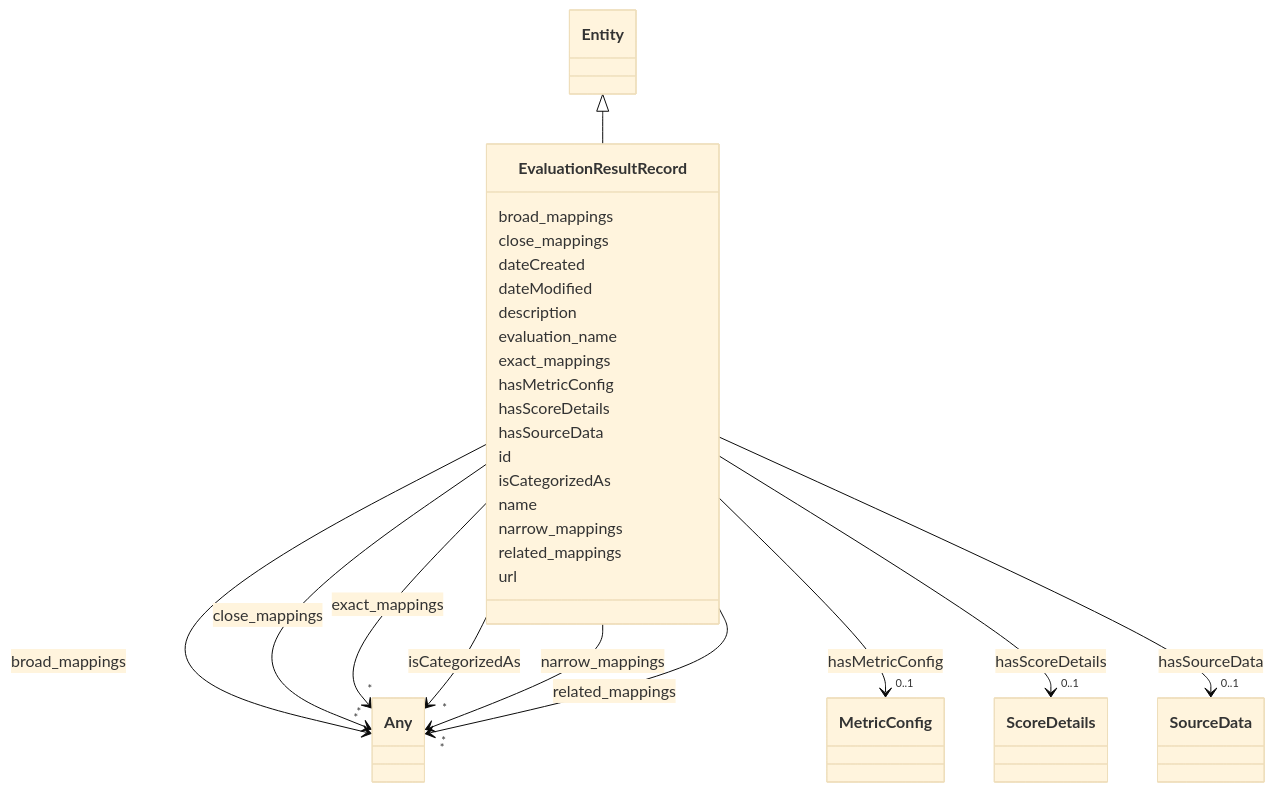
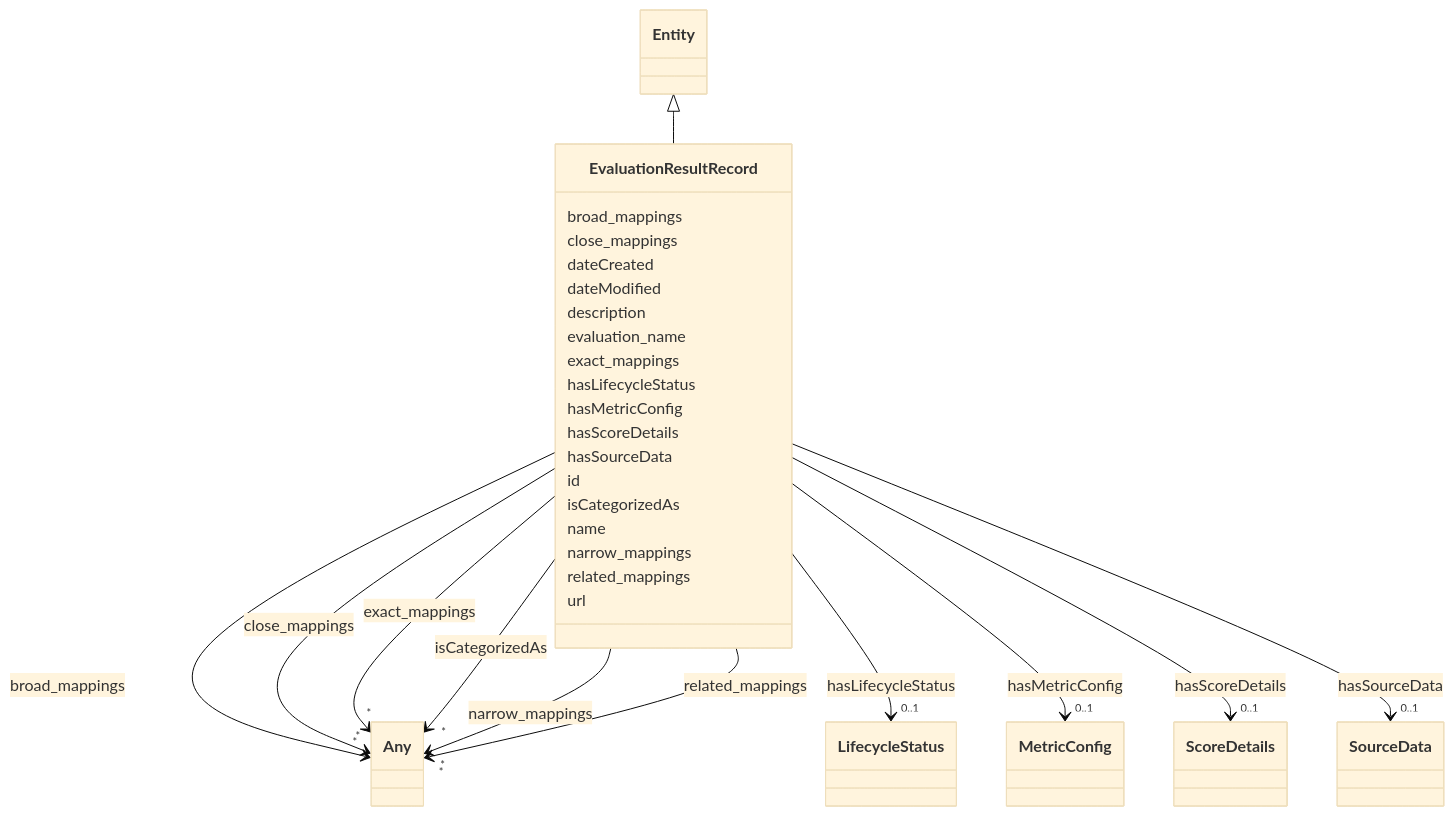
Before and after one commit to ingelise/risk-atlas-nexus: the diagram in docs/ontology/EvaluationResultRecord.md, drawn with Mermaid (base theme). The commit also changed other lines of this file and 206 other files, not shown here.

```diff
--- a/docs/ontology/EvaluationResultRecord.md
+++ b/docs/ontology/EvaluationResultRecord.md
@@ -56,6 +56,17 @@
 
         EvaluationResultRecord --> "*" Any : exact_mappings
         click Any href "../Any/"
+
+
+
+      EvaluationResultRecord : hasLifecycleStatus
+
+
+
+
+
+        EvaluationResultRecord --> "0..1" LifecycleStatus : hasLifecycleStatus
+        click LifecycleStatus href "../LifecycleStatus/"
 
 
 
```
